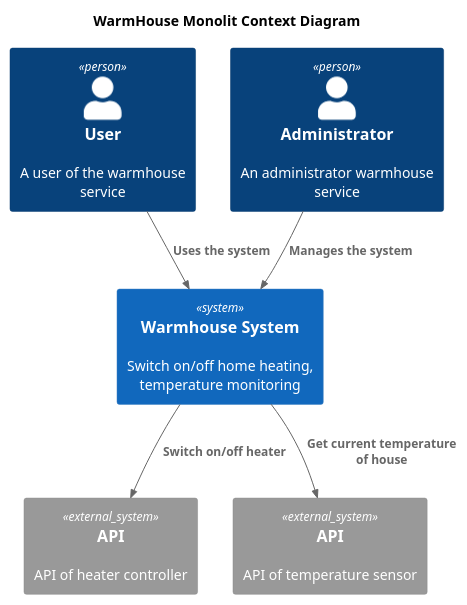
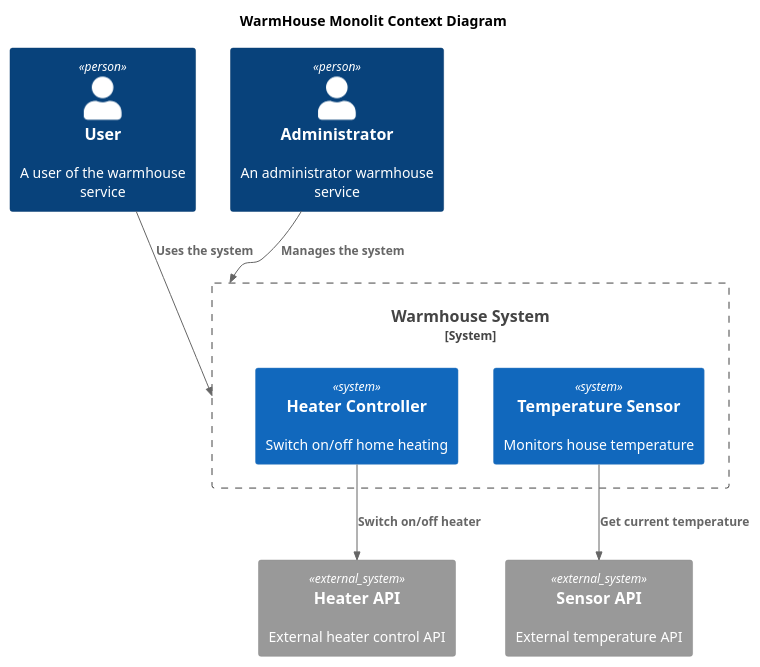
One commit to AIofHuman/architecture-sprint-3 changed the diagram in diagrams/context/monolit_warmhouse_context.puml. Above: the diagram before and after it, drawn with PlantUML.

Commit message:
Step 1 v9

```diff
--- a/diagrams/context/monolit_warmhouse_context.puml
+++ b/diagrams/context/monolit_warmhouse_context.puml
@@ -1,20 +1,24 @@
 @startuml
 title WarmHouse Monolit Context Diagram
 
 top to bottom direction
 
-!includeurl https://raw.githubusercontent.com/RicardoNiepel/C4-PlantUML/master/C4_Context.puml
+!includeurl https://raw.githubusercontent.com/plantuml-stdlib/C4-PlantUML/master/C4_Context.puml
 
 Person(user, "User", "A user of the warmhouse service")
 Person(admin, "Administrator", "An administrator warmhouse service")
-System(WarmHouseSystem, "Warmhouse System", "Switch on/off home heating, temperature monitoring")
 
-System_Ext(heater_controler, "API", "API of heater controller")
-System_Ext(temperature_sensor, "API", "API of temperature sensor")
+System_Boundary(WarmHouseSystem, "Warmhouse System") {
+  System(heater, "Heater Controller", "Switch on/off home heating")
+  System(temp_sensor, "Temperature Sensor", "Monitors house temperature")
+}
+
+System_Ext(heater_controler, "Heater API", "External heater control API")
+System_Ext(temperature_sensor, "Sensor API", "External temperature API")
 
 Rel(user, WarmHouseSystem, "Uses the system")
-Rel(admin,WarmHouseSystem, "Manages the system")
-Rel(WarmHouseSystem,heater_controler, "Switch on/off heater")
-Rel(WarmHouseSystem,temperature_sensor, "Get current temperature of house")
+Rel(admin, WarmHouseSystem, "Manages the system")
+Rel(heater, heater_controler, "Switch on/off heater")
+Rel(temp_sensor, temperature_sensor, "Get current temperature")
 
 @enduml
```
